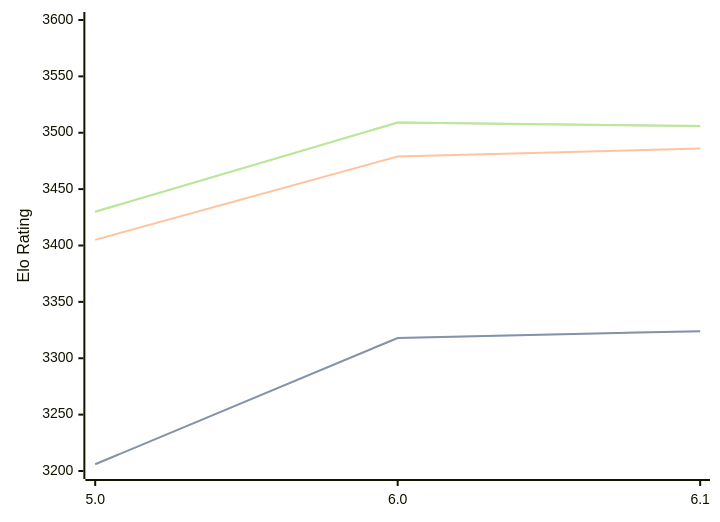
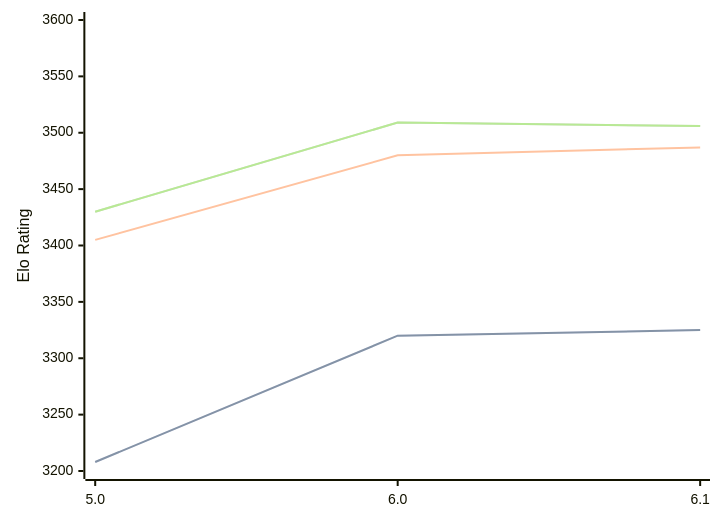
Before and after one commit to computer-chess-index/cci: the diagram in engines/Starzix.md, drawn with Mermaid. The commit also changed other lines of this file, not shown here.

````diff
--- a/engines/Starzix.md
+++ b/engines/Starzix.md
@@ -33,11 +33,11 @@
 ```mermaid
 %%{init: {"theme":"base","themeVariables":{"seriesColors:['#a3a3a3','#222221','#faa371']}}}%%
 xychart-beta
   x-axis ["5.0", "6.0", "6.1"]
   y-axis "Elo Rating" 3200 --> 3600
-  line "STC (8.0+0.08s)" [3206, 3318, 3324]
-  line "STC (8.0+0.08s)" [3206, 3318, 3324]
-  line "LTC (60.0+0.60s)" [3405, 3479, 3486]
+  line "STC (8.0+0.08s)" [3208, 3320, 3325]
+  line "STC (8.0+0.08s)" [3208, 3320, 3325]
+  line "LTC (60.0+0.60s)" [3405, 3480, 3487]
   line "VLTC (2m24s+1.12s)" [3430, 3509, 3506]
   line "VLTC (2m24s+1.12s)" [3430, 3509, 3506]
 ```
````
